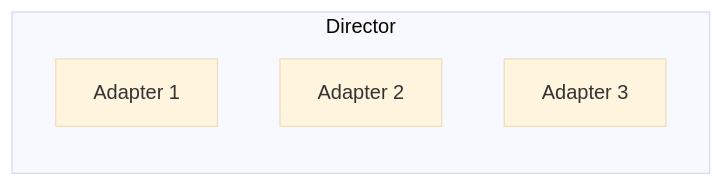
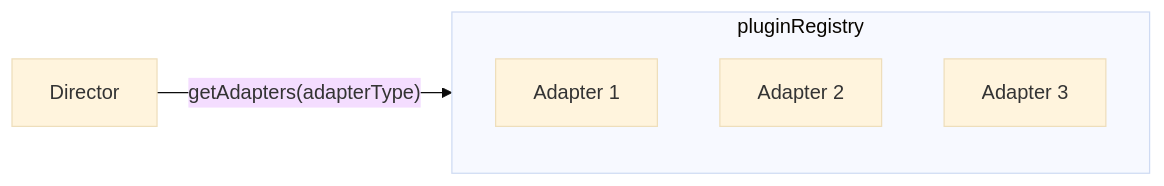
Before and after one commit to unchainedshop/unchained: the diagram in docs/docs/concepts/director-adapter-pattern.md, drawn with Mermaid (base theme). The commit also changed other lines of this file and 166 other files, not shown here.

````diff
--- a/docs/docs/concepts/director-adapter-pattern.md
+++ b/docs/docs/concepts/director-adapter-pattern.md
@@ -16,8 +16,9 @@
 ```mermaid
 flowchart LR
-    subgraph Director
+    subgraph Registry["pluginRegistry"]
         A1[Adapter 1]
         A2[Adapter 2]
         A3[Adapter 3]
     end
+    D[Director] -- "getAdapters(adapterType)" --> Registry
 ```
````
